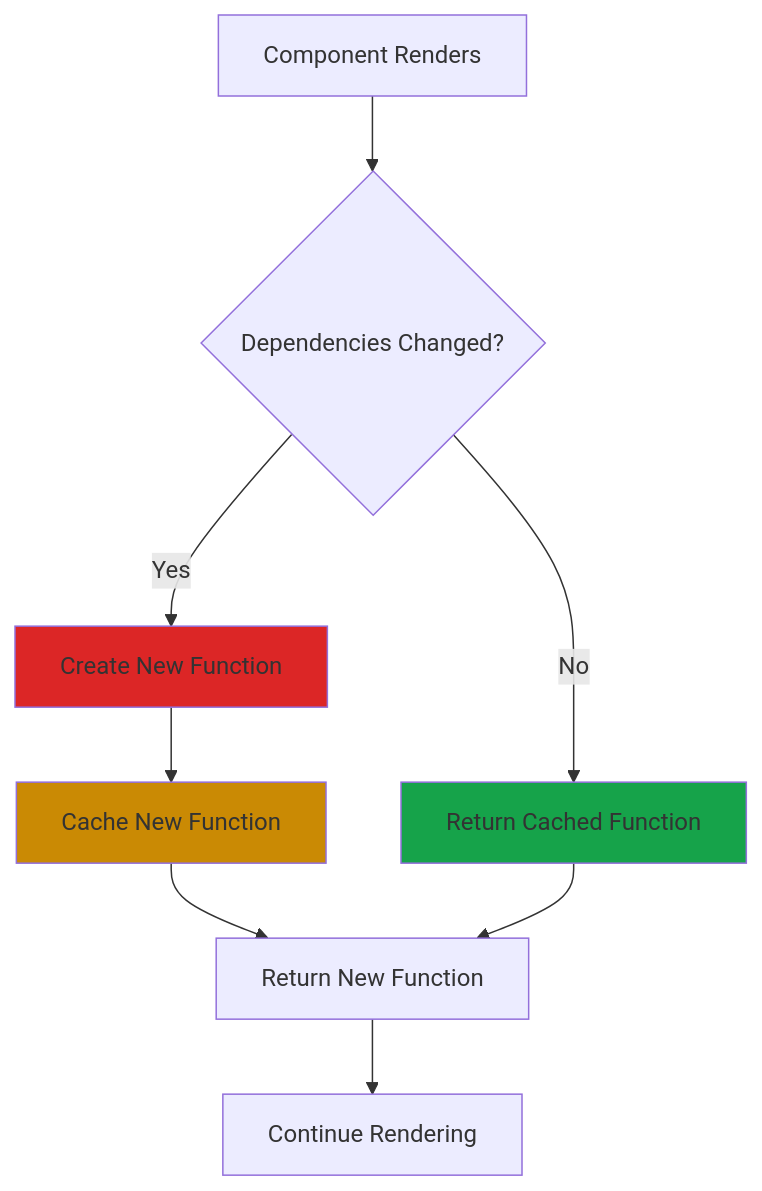
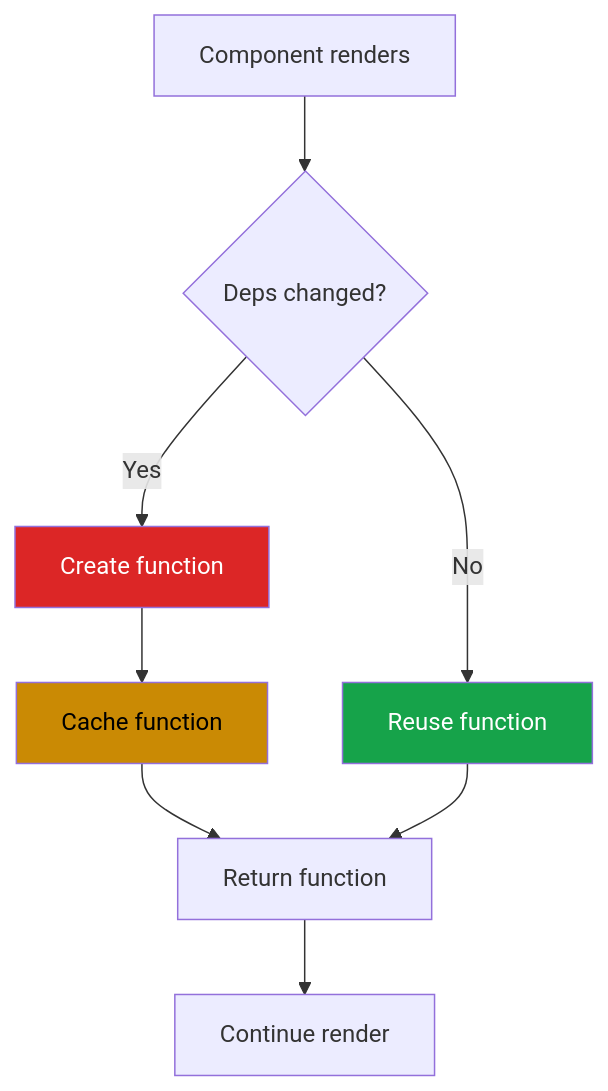
The first of 2 diagrams in react/useCallback/README.md (upasanaprabhakar/web-dev-handbook), drawn with Mermaid before and after one commit. The commit also changed other lines of this file, not shown here.

Commit message:
use callback topic with examples

````diff
--- a/react/useCallback/README.md
+++ b/react/useCallback/README.md
@@ -72,14 +72,19 @@
 ```mermaid
 graph TD
-    A[Component Renders] --> B{Dependencies Changed?}
-    B -->|Yes| C[Create New Function]
-    B -->|No| D[Return Cached Function]
-    C --> E[Cache New Function]
-    E --> F[Return New Function]
+    A[Component renders] --> B{Deps changed?}
+    B -->|Yes| C[Create function]
+    B -->|No| D[Reuse function]
+    C --> E[Cache function]
+    E --> F[Return function]
     D --> F
-    F --> G[Continue Rendering]
-    
-    style C fill:#DC2626
-    style D fill:#16A34A
-    style E fill:#CA8A04
+    F --> G[Continue render]
+
+    classDef danger fill:#DC2626,color:#ffffff
+    classDef success fill:#16A34A,color:#ffffff
+    classDef warning fill:#CA8A04,color:#000000
+
+    class C danger
+    class D success
+    class E warning
+
 ```
````
